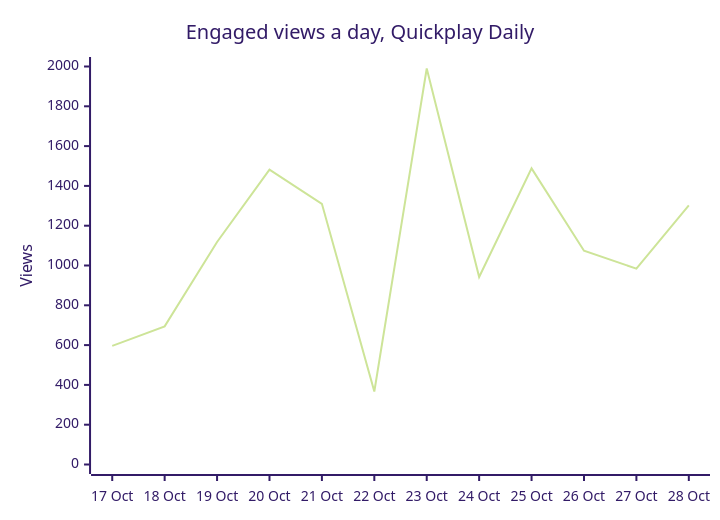
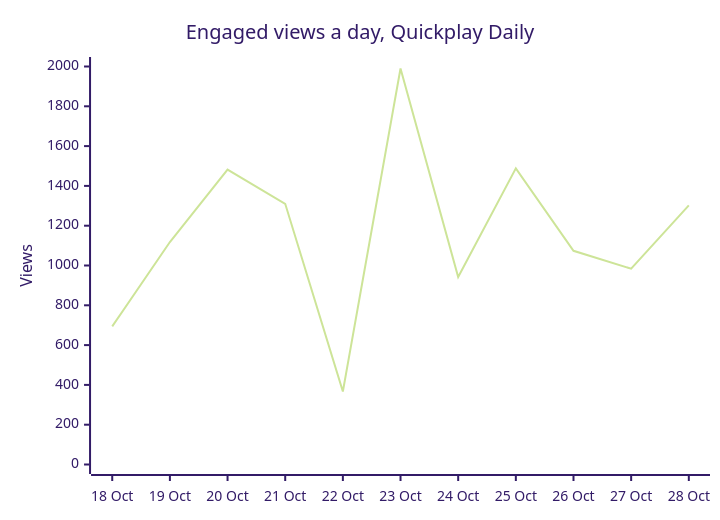
Before and after one commit to quickplay-studio/quickplay-autopilot: the diagram in README.md, drawn with Mermaid (forest theme). The commit also changed other lines of this file and 22 other files, not shown here.

````diff
--- a/README.md
+++ b/README.md
@@ -46,7 +46,7 @@
 ```mermaid
 xychart-beta
     title "Engaged views a day, Quickplay Daily"
-    x-axis ["17 Oct", "18 Oct", "19 Oct", "20 Oct", "21 Oct", "22 Oct", "23 Oct", "24 Oct", "25 Oct", "26 Oct", "27 Oct", "28 Oct"]
+    x-axis ["18 Oct", "19 Oct", "20 Oct", "21 Oct", "22 Oct", "23 Oct", "24 Oct", "25 Oct", "26 Oct", "27 Oct", "28 Oct"]
     y-axis "Views" 0 --> 2000
-    line [596, 694, 1118, 1482, 1310, 367, 1990, 942, 1488, 1074, 984, 1302]
+    line [694, 1118, 1482, 1310, 367, 1990, 942, 1488, 1074, 984, 1302]
 ```
````
